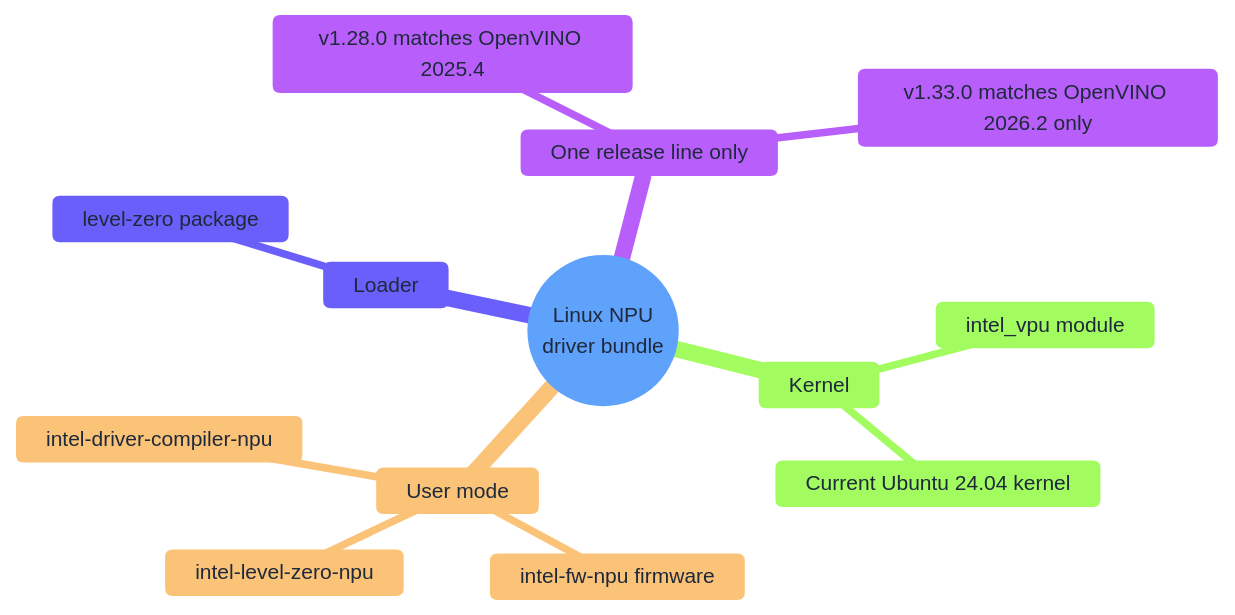
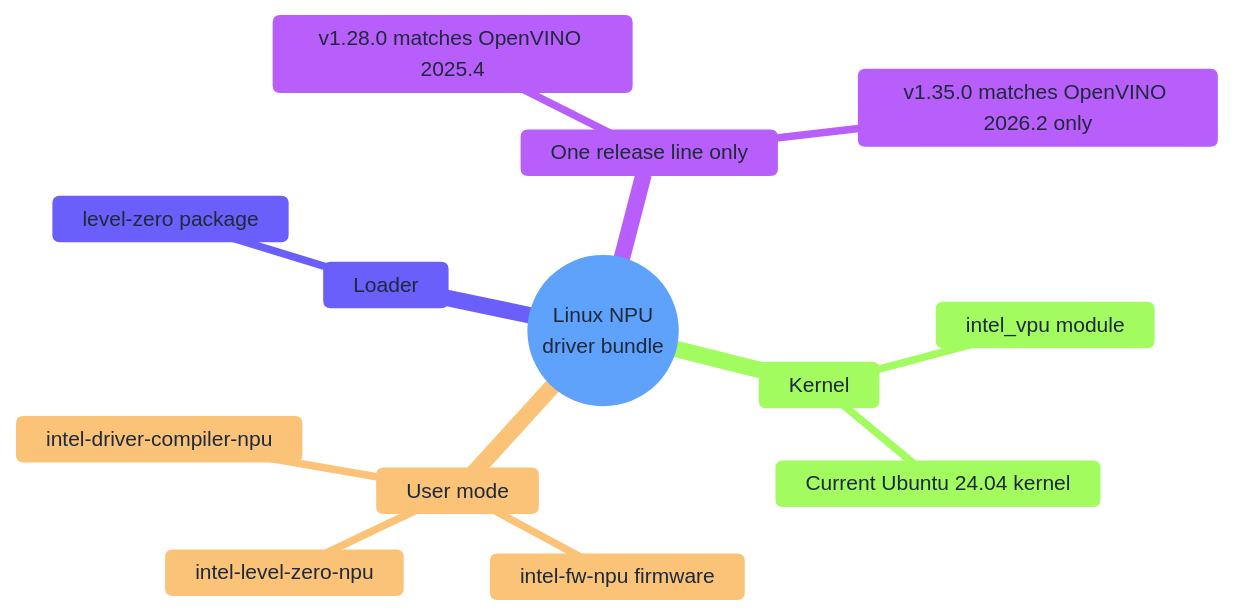
The fifth of 6 diagrams in Intel/README.md (DakeQQ/Tutorial-ONNX-Runtime-Execution-Providers), drawn with Mermaid before and after one commit. The commit also changed other lines of this file and 42 other files, not shown here.

````diff
--- a/Intel/README.md
+++ b/Intel/README.md
@@ -300,17 +302,17 @@
 ```mermaid
 %%{init: {"theme":"base","themeVariables":{"fontSize":"14px","primaryColor":"#dbeafe","primaryTextColor":"#1e293b","primaryBorderColor":"#3b82f6","lineColor":"#94a3b8"},"themeCSS":".mindmap-node text{fill:#1e293b !important;} .mindmap-node span{color:#1e293b !important;}"}}%%
 mindmap
   root((Linux NPU<br/>driver bundle))
     Kernel
       intel_vpu module
       Current Ubuntu 24.04 kernel
     User mode
       intel-driver-compiler-npu
       intel-fw-npu firmware
       intel-level-zero-npu
     Loader
       level-zero package
     One release line only
       v1.28.0 matches OpenVINO 2025.4
-      v1.33.0 matches OpenVINO 2026.2 only
+      v1.35.0 matches OpenVINO 2026.2 only
 ```
````
